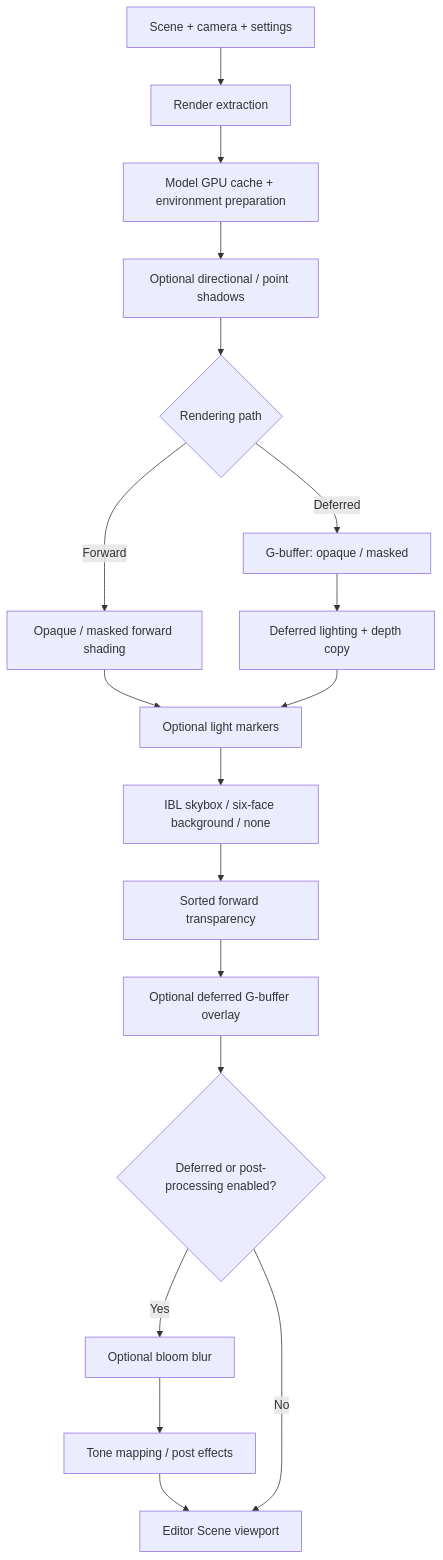
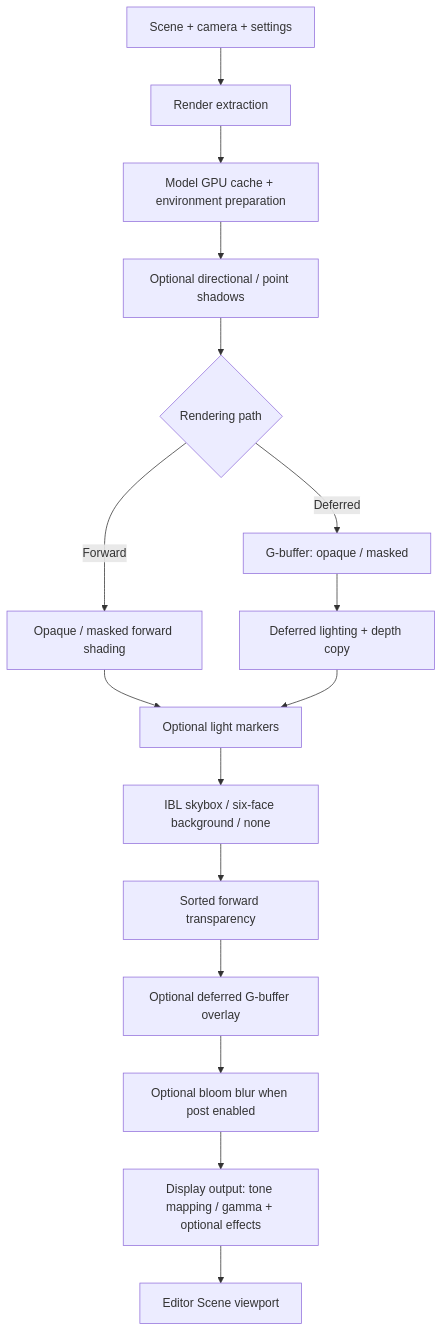
One commit to kazum1-hp/hpRenderer changed the second of 2 diagrams in docs/architecture.md. Above: the diagram before and after it, drawn with Mermaid. The commit also changed other lines of this file and 32 other files, not shown here.

````diff
--- a/docs/architecture.md
+++ b/docs/architecture.md
@@ -46,20 +46,18 @@
 ```mermaid
 flowchart TD
     Scene[Scene + camera + settings] --> Extract[Render extraction]
     Extract --> Prepare[Model GPU cache + environment preparation]
     Prepare --> Shadow[Optional directional / point shadows]
     Shadow --> Mode{Rendering path}
     Mode -->|Forward| Forward[Opaque / masked forward shading]
     Mode -->|Deferred| GBuffer[G-buffer: opaque / masked]
     GBuffer --> Lighting[Deferred lighting + depth copy]
     Forward --> Markers[Optional light markers]
     Lighting --> Markers
     Markers --> Sky[IBL skybox / six-face background / none]
     Sky --> Alpha[Sorted forward transparency]
     Alpha --> Debug[Optional deferred G-buffer overlay]
-    Debug --> Post{Deferred or post-processing enabled?}
-    Post -->|Yes| Bloom[Optional bloom blur]
-    Bloom --> Tone[Tone mapping / post effects]
+    Debug --> Bloom[Optional bloom blur when post enabled]
+    Bloom --> Tone[Display output: tone mapping / gamma + optional effects]
     Tone --> View[Editor Scene viewport]
-    Post -->|No| View
 ```
````
